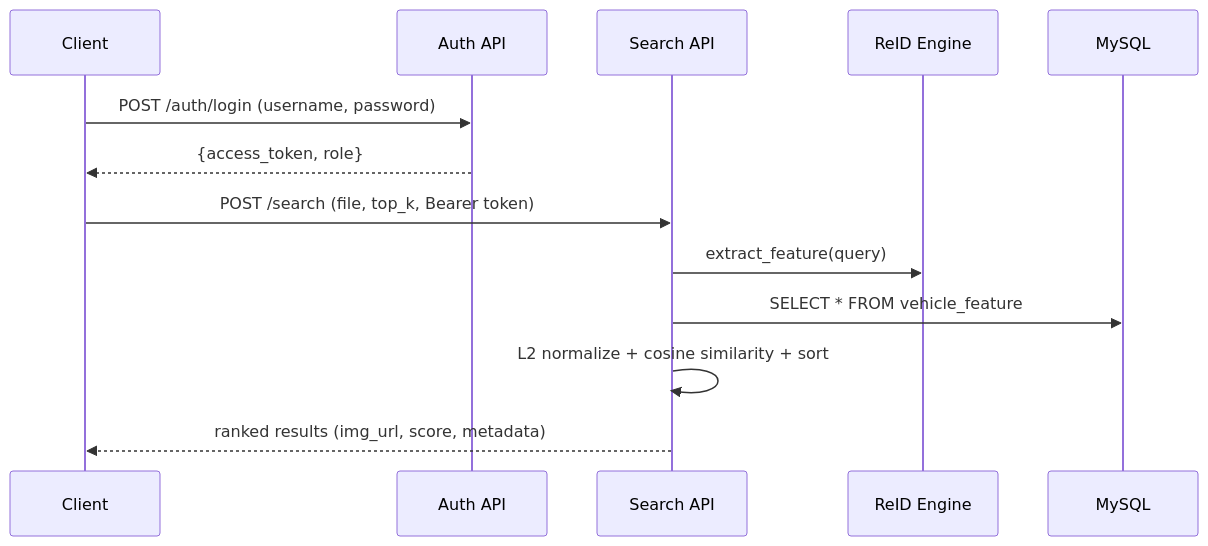
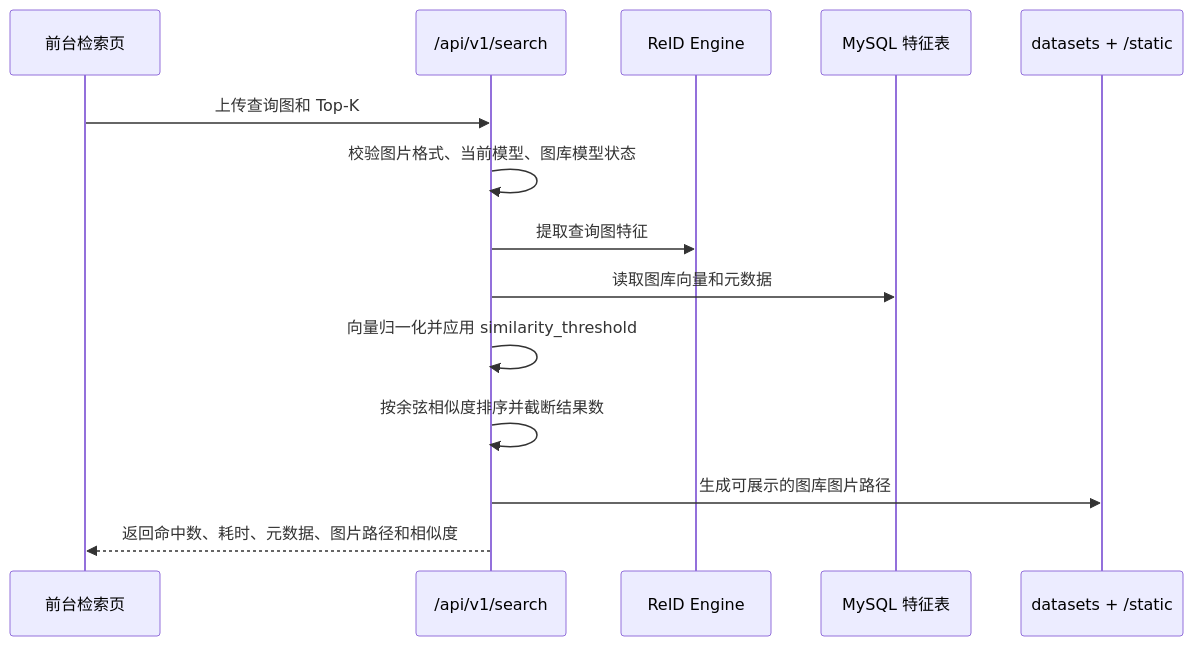
The fifth of 5 diagrams in readme.md (Rand0MGG/vehicle-reid-system), drawn with Mermaid before and after one commit. The commit also changed other lines of this file and 9 other files, not shown here.

````diff
--- a/readme.md
+++ b/readme.md
@@ -992,17 +407,17 @@
 ```mermaid
 sequenceDiagram
-  participant C as Client
-  participant A as Auth API
-  participant S as Search API
+  participant UI as 前台检索页
+  participant API as /api/v1/search
   participant E as ReID Engine
-  participant D as MySQL
+  participant DB as MySQL 特征表
+  participant FS as datasets + /static
 
-  C->>A: POST /auth/login (username, password)
-  A-->>C: {access_token, role}
-
-  C->>S: POST /search (file, top_k, Bearer token)
-  S->>E: extract_feature(query)
-  S->>D: SELECT * FROM vehicle_feature
-  S->>S: L2 normalize + cosine similarity + sort
-  S-->>C: ranked results (img_url, score, metadata)
+  UI->>API: 上传查询图和 Top-K
+  API->>API: 校验图片格式、当前模型、图库模型状态
+  API->>E: 提取查询图特征
+  API->>DB: 读取图库向量和元数据
+  API->>API: 向量归一化并应用 similarity_threshold
+  API->>API: 按余弦相似度排序并截断结果数
+  API->>FS: 生成可展示的图库图片路径
+  API-->>UI: 返回命中数、耗时、元数据、图片路径和相似度
 ```
````
